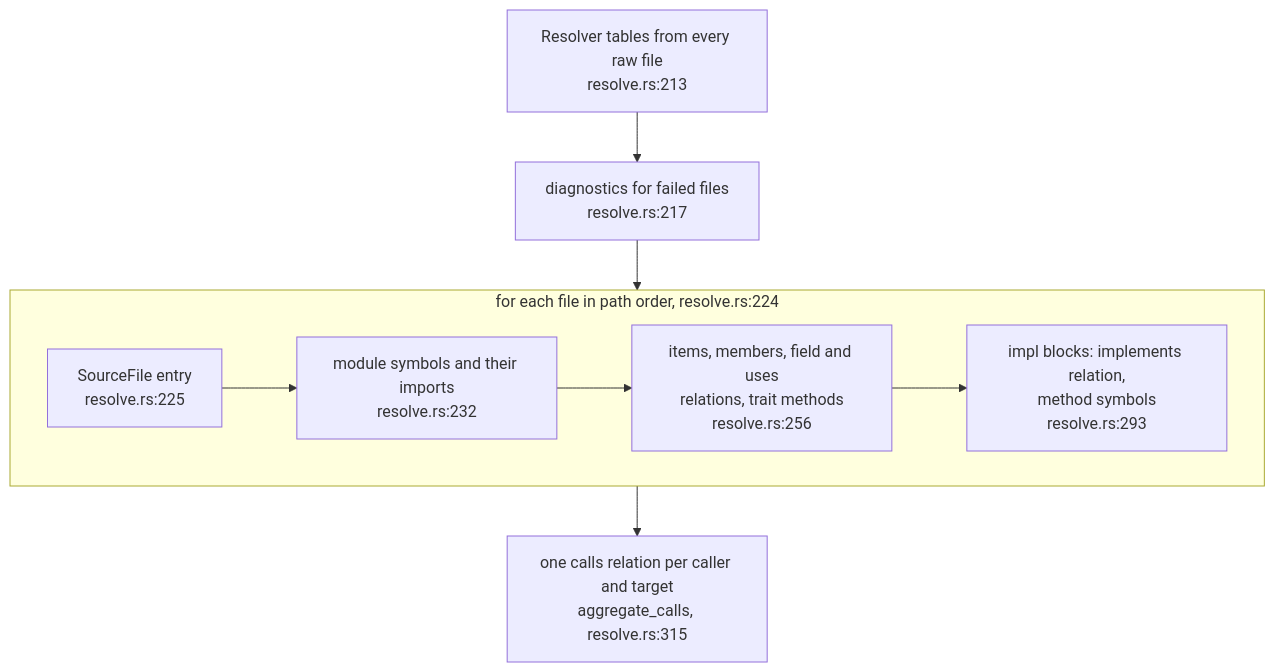
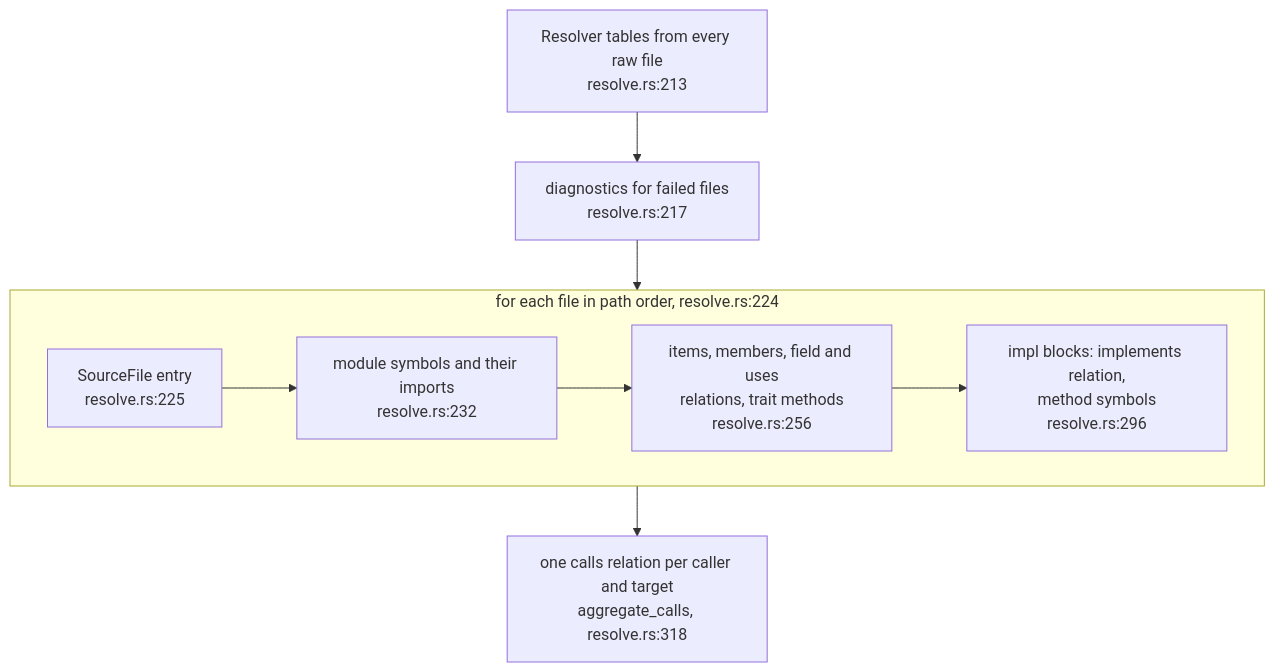
The fifth of 5 diagrams in docs/diagrams/extract/01-the-adapter-pipeline.md (DreamLab-AI/codemaid), drawn with Mermaid before and after one commit. The commit also changed other lines of this file and 8 other files, not shown here.

First line of the commit message:
docs(diagrams): restamp the extract topics to fec7aff; record the generics fix

````diff
--- a/docs/diagrams/extract/01-the-adapter-pipeline.md
+++ b/docs/diagrams/extract/01-the-adapter-pipeline.md
@@ -207,14 +207,14 @@
 ```mermaid
 flowchart TB
     T["Resolver tables from every raw file<br/>resolve.rs:213"]
     D["diagnostics for failed files<br/>resolve.rs:217"]
     subgraph PERFILE["for each file in path order, resolve.rs:224"]
         FI["SourceFile entry<br/>resolve.rs:225"]
         MO["module symbols and their imports<br/>resolve.rs:232"]
         IT["items, members, field and uses<br/>relations, trait methods<br/>resolve.rs:256"]
-        IM["impl blocks: implements relation,<br/>method symbols<br/>resolve.rs:293"]
+        IM["impl blocks: implements relation,<br/>method symbols<br/>resolve.rs:296"]
         FI --> MO --> IT --> IM
     end
-    AG["one calls relation per caller and target<br/>aggregate_calls, resolve.rs:315"]
+    AG["one calls relation per caller and target<br/>aggregate_calls, resolve.rs:318"]
     T --> D --> PERFILE --> AG
 ```
````
